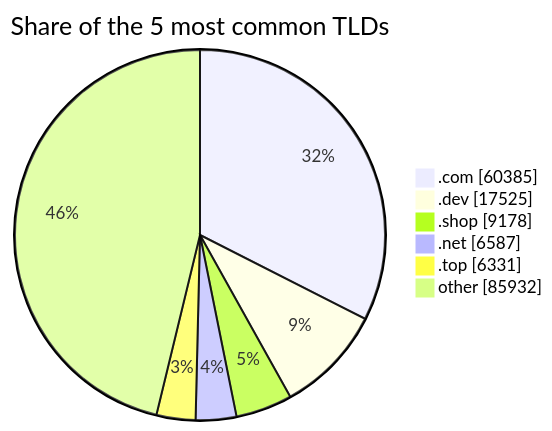
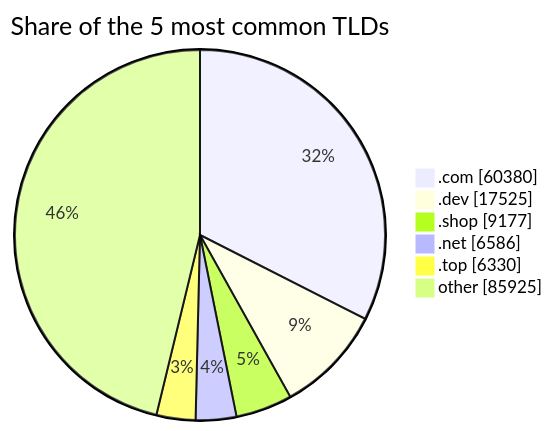
The third of 3 diagrams in README.md (DNSBunker/CTI), drawn with Mermaid before and after one commit. The commit also changed other lines of this file and 3 other files, not shown here.

````diff
--- a/README.md
+++ b/README.md
@@ -81,9 +81,9 @@
 ```mermaid
 pie showData title Share of the 5 most common TLDs
-    ".com" : 60385
+    ".com" : 60380
     ".dev" : 17525
-    ".shop" : 9178
-    ".net" : 6587
-    ".top" : 6331
-    "other" : 85932
+    ".shop" : 9177
+    ".net" : 6586
+    ".top" : 6330
+    "other" : 85925
 ```
````
